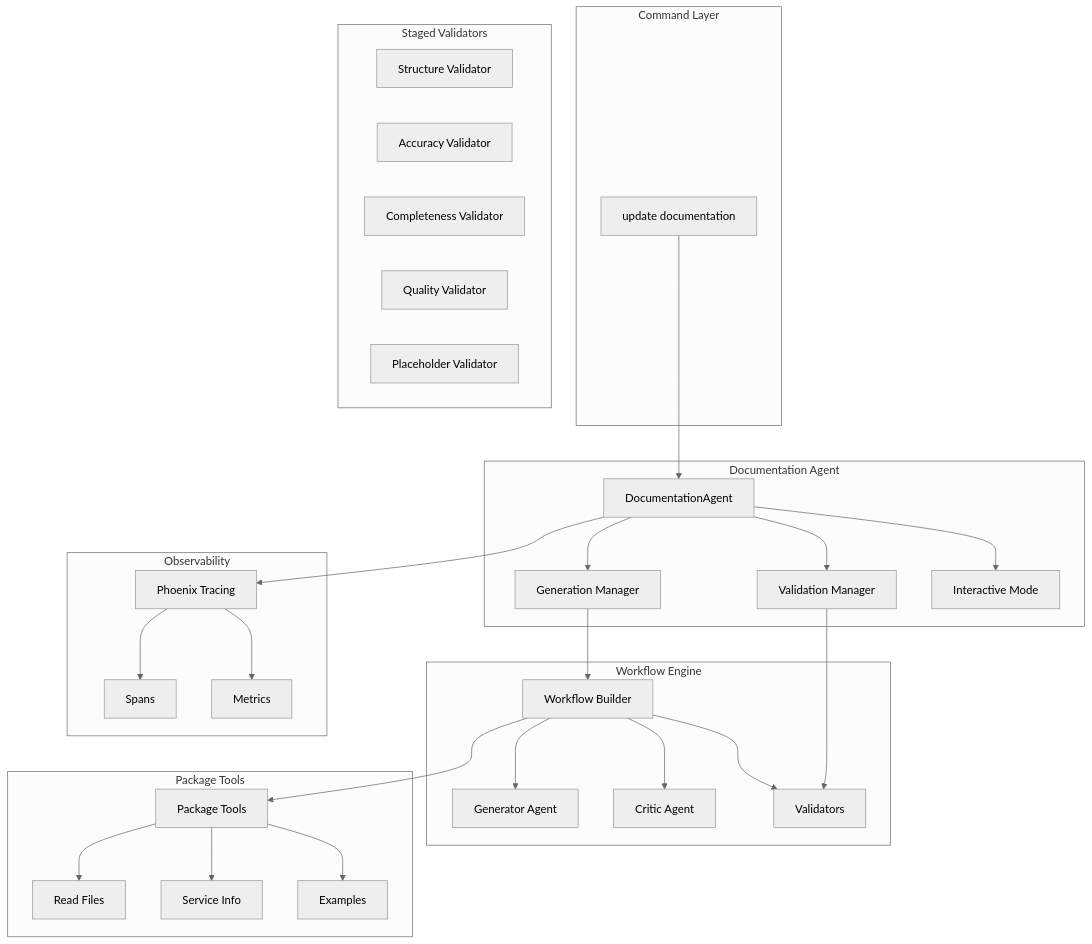
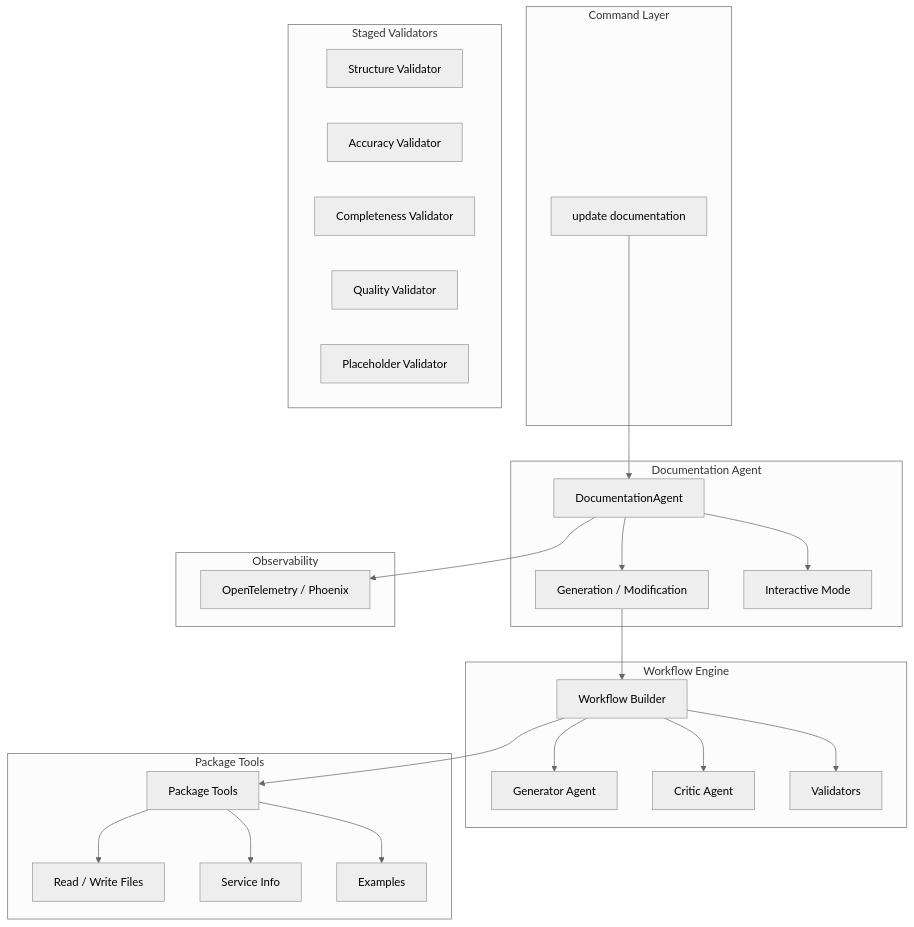
The diagram in internal/llmagent/README.md (elastic/elastic-package), drawn with Mermaid (neutral theme) before and after one commit. The commit also changed other lines of this file and 31 other files, not shown here.

````diff
--- a/internal/llmagent/README.md
+++ b/internal/llmagent/README.md
@@ -18,47 +20,43 @@
 ```mermaid
 graph TB
     subgraph CLI[Command Layer]
         CMD[update documentation]
     end
-    
+
     subgraph DocAgent[Documentation Agent]
         DA[DocumentationAgent]
-        DA --> GM[Generation Manager]
-        DA --> VM[Validation Manager]
+        DA --> GM[Generation / Modification]
         DA --> IM[Interactive Mode]
     end
-    
+
     subgraph Workflow[Workflow Engine]
         WB[Workflow Builder]
         WB --> GEN[Generator Agent]
         WB --> CRT[Critic Agent]
         WB --> VAL[Validators]
     end
-    
+
     subgraph Validators[Staged Validators]
         SV[Structure Validator]
         AV[Accuracy Validator]
         CV[Completeness Validator]
         QV[Quality Validator]
         PV[Placeholder Validator]
     end
-    
+
     subgraph Tools[Package Tools]
         PT[Package Tools]
-        PT --> RF[Read Files]
+        PT --> RF[Read / Write Files]
         PT --> SI[Service Info]
         PT --> EX[Examples]
     end
-    
+
     subgraph Tracing[Observability]
-        TR[Phoenix Tracing]
-        TR --> SP[Spans]
-        TR --> MT[Metrics]
+        TR[OpenTelemetry / Phoenix]
     end
-    
+
     CMD --> DA
     GM --> WB
-    VM --> VAL
     WB --> PT
     DA --> TR
 ```
````
